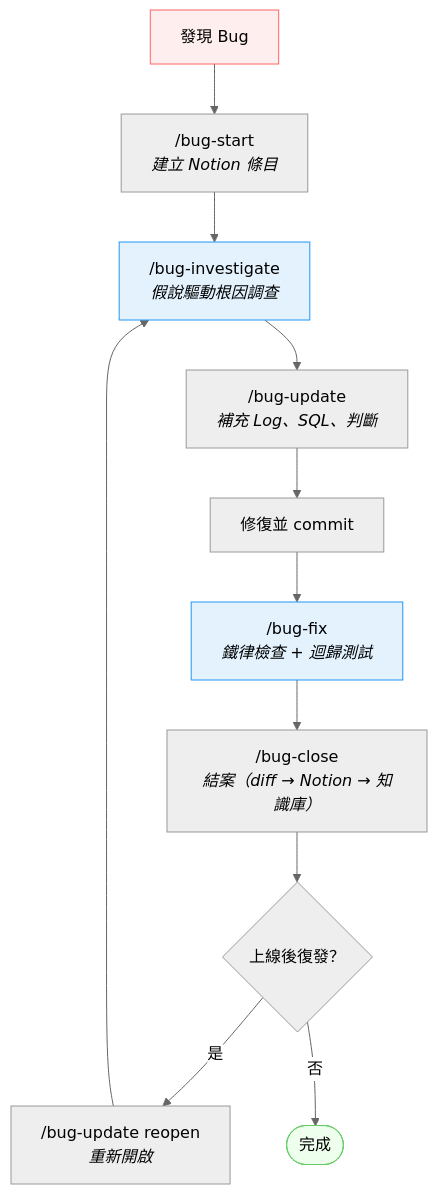
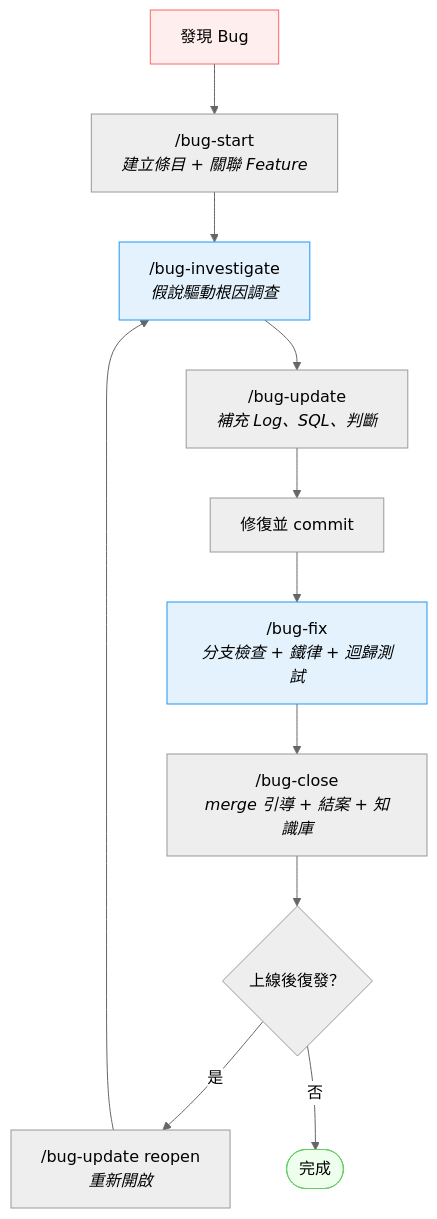
One commit to Stcfinch/crew changed the second of 5 diagrams in README.md. Above: the diagram before and after it, drawn with Mermaid (neutral theme). The commit also changed other lines of this file and 5 other files, not shown here.

First line of the commit message:
chore(bug-workflow,feature-workflow): 升版至 bug-workflow v3.7.0 + feature-workflow v4.15.0

````diff
--- a/README.md
+++ b/README.md
@@ -73,21 +73,21 @@
 ```mermaid
 flowchart TD
     discover["發現 Bug"]
-    start["/bug-start<br/><i>建立 Notion 條目</i>"]
+    start["/bug-start<br/><i>建立條目 + 關聯 Feature</i>"]
     investigate["/bug-investigate<br/><i>假說驅動根因調查</i>"]
     update["/bug-update<br/><i>補充 Log、SQL、判斷</i>"]
     fix["修復並 commit"]
-    bugfix["/bug-fix<br/><i>鐵律檢查 + 迴歸測試</i>"]
-    close["/bug-close<br/><i>結案（diff → Notion → 知識庫）</i>"]
+    bugfix["/bug-fix<br/><i>分支檢查 + 鐵律 + 迴歸測試</i>"]
+    close["/bug-close<br/><i>merge 引導 + 結案 + 知識庫</i>"]
     reopen{上線後復發？}
     reopenCmd["/bug-update reopen<br/><i>重新開啟</i>"]
 
     discover --> start --> investigate --> update --> fix --> bugfix --> close --> reopen
     reopen -- "是" --> reopenCmd --> investigate
     reopen -- "否" --> done(["完成"])
 
     style discover fill:#fee,stroke:#f66
     style done fill:#efe,stroke:#6c6
     style investigate fill:#e3f2fd,stroke:#2196f3
     style bugfix fill:#e3f2fd,stroke:#2196f3
 ```
````
